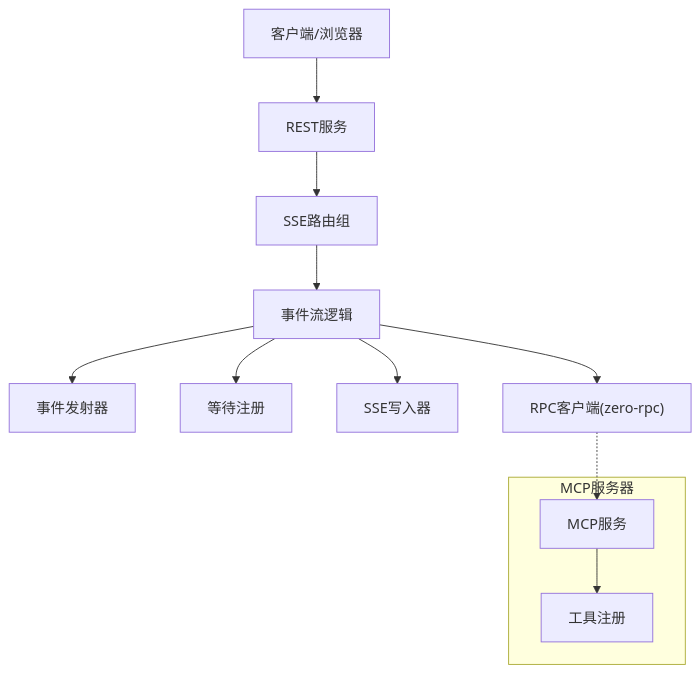
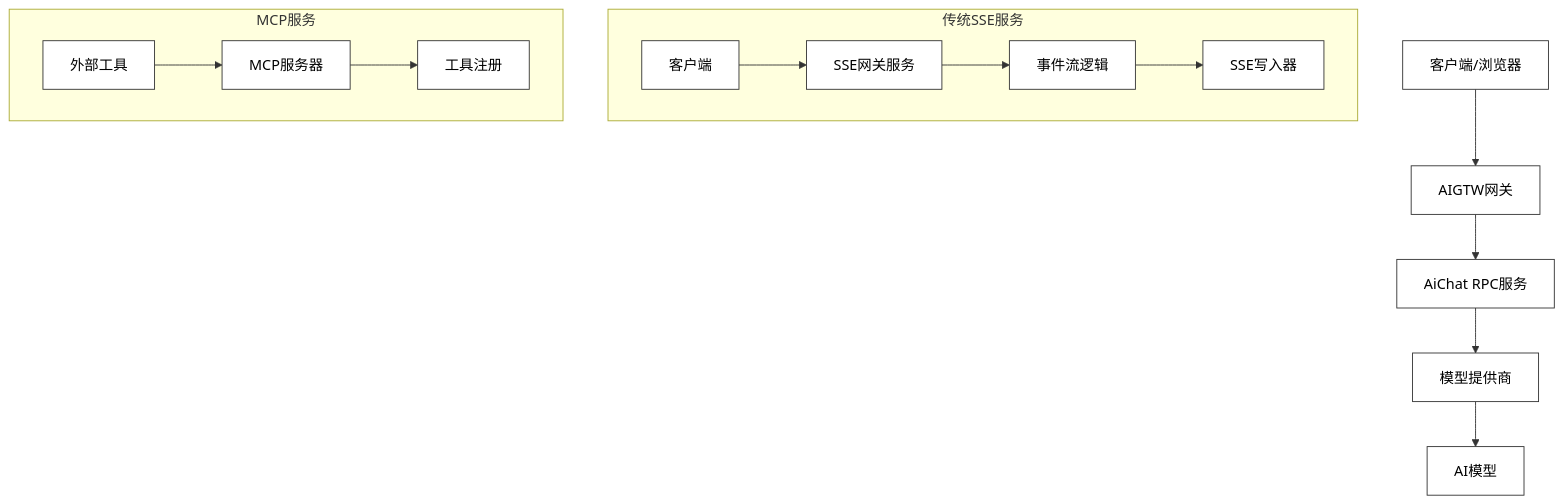
Before and after one commit to maomao94/zero-service: the second of 6 diagrams in .qoder/repowiki/zh/content/AI应用模块/AI应用模块.md, drawn with Mermaid. The commit also changed other lines of this file and 2 other files, not shown here.

````diff
--- a/.qoder/repowiki/zh/content/AI应用模块/AI应用模块.md
+++ b/.qoder/repowiki/zh/content/AI应用模块/AI应用模块.md
@@ -99,16 +148,17 @@
 ```mermaid
 graph TB
-Client["客户端/浏览器"] --> REST["REST服务"]
-REST --> SSE["SSE路由组"]
+Client["客户端/浏览器"] --> Gateway["AIGTW网关"]
+Gateway --> RPC["AiChat RPC服务"]
+RPC --> Provider["模型提供商"]
+Provider --> Model["AI模型"]
+subgraph "传统SSE服务"
+Client2["客户端"] --> SSE["SSE网关服务"]
 SSE --> Logic["事件流逻辑"]
-Logic --> Emitter["事件发射器"]
-Logic --> Pending["等待注册"]
 Logic --> Writer["SSE写入器"]
-Logic --> RPC["RPC客户端(zero-rpc)"]
-subgraph "MCP服务器"
-MCPP["MCP服务"]
-Tool["工具注册"]
 end
-RPC -.-> MCPP
-MCPP --> Tool
+subgraph "MCP服务"
+Client3["外部工具"] --> MCP["MCP服务器"]
+MCP --> Tool["工具注册"]
+end
+classDef default fill:#fff,stroke:#333,color:#000
 ```
````
